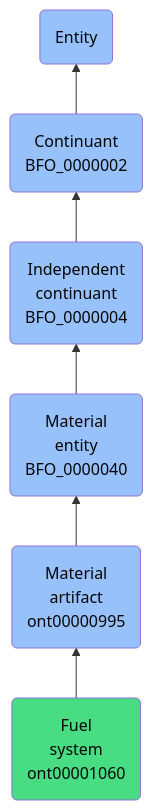
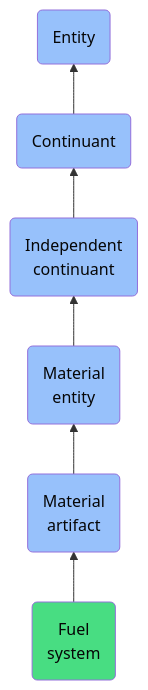
The diagram in docs/ontology/reference/model/Entity/Continuant/Independent continuant/Material entity/Material artifact/Fuel system/Fuel system.md (jupyter-naas/abi), drawn with Mermaid before and after one commit. The commit also changed other lines of this file and 1430 other files, not shown here.

````diff
--- a/docs/ontology/reference/model/Entity/Continuant/Independent continuant/Material entity/Material artifact/Fuel system/Fuel system.md
+++ b/docs/ontology/reference/model/Entity/Continuant/Independent continuant/Material entity/Material artifact/Fuel system/Fuel system.md
@@ -24,13 +24,13 @@
 ```mermaid
 graph BT
-    ont00001060(Fuel<br>system<br>ont00001060):::ABI-->ont00000995
-    ont00000995(Material<br>artifact<br>ont00000995):::BFO-->BFO_0000040
-    BFO_0000040(Material<br>entity<br>BFO_0000040):::BFO-->BFO_0000004
-    BFO_0000004(Independent<br>continuant<br>BFO_0000004):::BFO-->BFO_0000002
-    BFO_0000002(Continuant<br>BFO_0000002):::BFO-->BFO_0000001
+    ont00001060(Fuel<br>system):::ABI-->ont00000995
+    ont00000995(Material<br>artifact):::BFO-->BFO_0000040
+    BFO_0000040(Material<br>entity):::BFO-->BFO_0000004
+    BFO_0000004(Independent<br>continuant):::BFO-->BFO_0000002
+    BFO_0000002(Continuant):::BFO-->BFO_0000001
     BFO_0000001(Entity):::BFO
     
     classDef BFO fill:#97c1fb,color:#060606
     classDef CCO fill:#e4c51e,color:#060606
     classDef ABI fill:#48DD82,color:#060606
 ```
````
